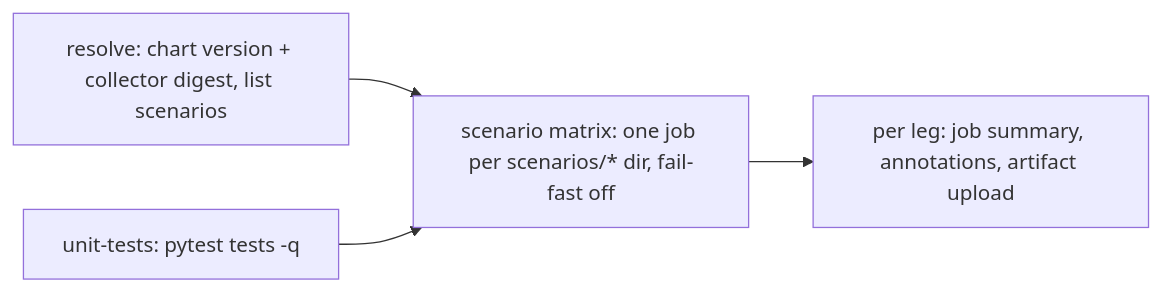
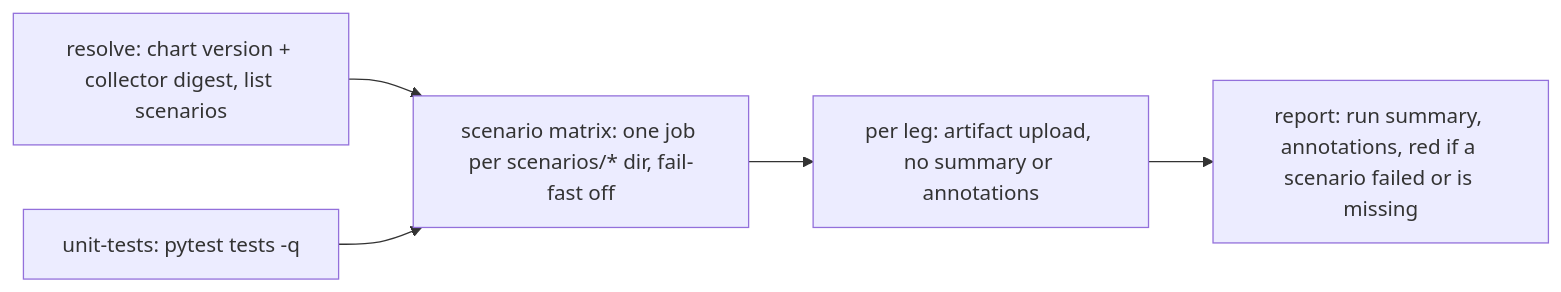
One commit to densify-dev/kubex-stack-e2e changed the fourth of 4 diagrams in docs/architecture.md. Above: the diagram before and after it, drawn with Mermaid. The commit also changed other lines of this file and 8 other files, not shown here.

Commit message:
ci: add a run-level roll-up of failures across scenarios

````diff
--- a/docs/architecture.md
+++ b/docs/architecture.md
@@ -183,6 +184,7 @@
 ```mermaid
 flowchart LR
   RV["resolve: chart version + collector digest, list scenarios"] --> M
   UT["unit-tests: pytest tests -q"] --> M
-  M["scenario matrix: one job per scenarios/* dir, fail-fast off"] --> S["per leg: job summary, annotations, artifact upload"]
+  M["scenario matrix: one job per scenarios/* dir, fail-fast off"] --> S["per leg: artifact upload, no summary or annotations"]
+  S --> RP["report: run summary, annotations, red if a scenario failed or is missing"]
 ```
````
